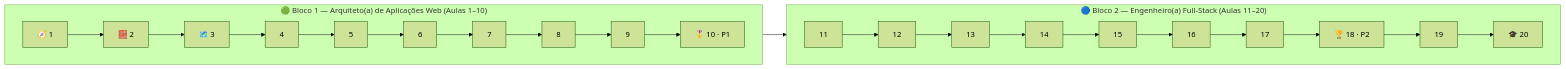
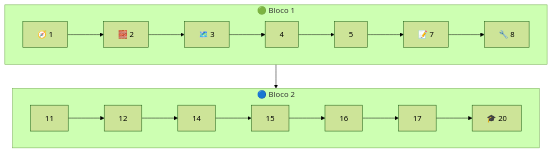
One commit to GTI-Fatec-Jahu/PI-GTI-2026-2 changed the diagram in docs/index.md. Above: the diagram before and after it, drawn with Mermaid (forest theme). The commit also changed other lines of this file and 6 other files, not shown here.

````diff
--- a/docs/index.md
+++ b/docs/index.md
@@ -73,12 +74,12 @@
 ```mermaid
-flowchart LR
-    subgraph B1["🟢 Bloco 1 — Arquiteto(a) de Aplicações Web (Aulas 1–10)"]
+flowchart TB
+    subgraph B1["🟢 Bloco 1"]
         direction LR
-        A1["🧭 1"] --> A2["🧱 2"] --> A3["🗺️ 3"] --> A4["4"] --> A5["5"] --> A6["6"] --> A7["7"] --> A8["8"] --> A9["9"] --> A10["🎖️ 10 · P1"]
+        A1["🧭 1"] --> A2["🧱 2"] --> A3["🗺️ 3"] --> A4["4"] --> A5["5"] --> A7["📝 7"] --> A8["🔧 8"]
     end
-    subgraph B2["🔵 Bloco 2 — Engenheiro(a) Full-Stack (Aulas 11–20)"]
+    subgraph B2["🔵 Bloco 2"]
         direction LR
-        A11["11"] --> A12["12"] --> A13["13"] --> A14["14"] --> A15["15"] --> A16["16"] --> A17["17"] --> A18["🏆 18 · P2"] --> A19["19"] --> A20["🎓 20"]
+        A11["11"] --> A12["12"] --> A14["14"] --> A15["15"] --> A16["16"] --> A17["17"] --> A20["🎓 20"]
     end
     B1 --> B2
 ```
````
